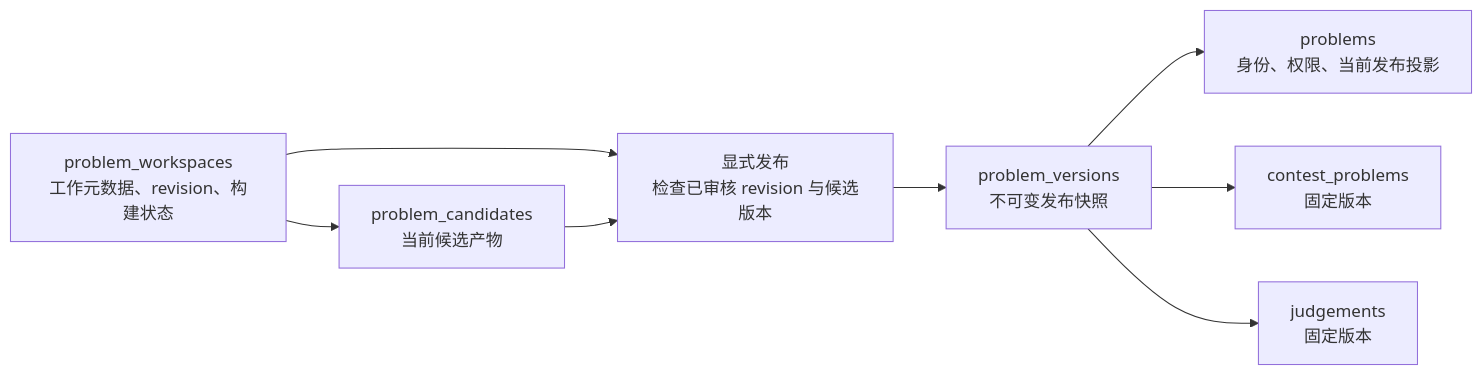
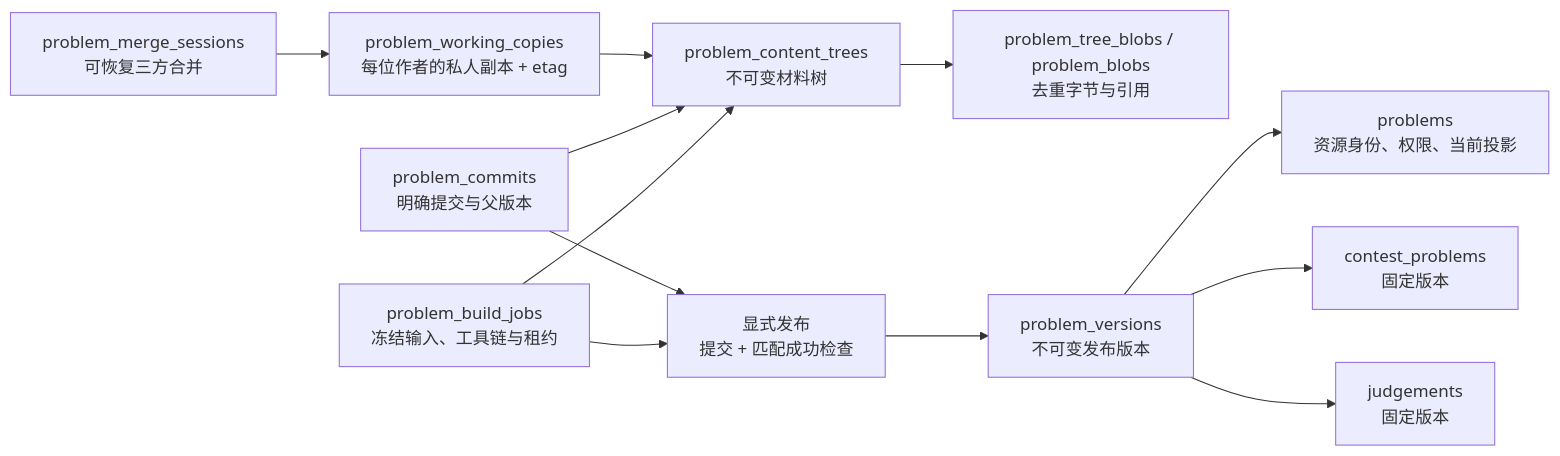
One commit to RimuruChan/Vertex changed the second of 2 diagrams in docs/15-backend-models.md. Above: the diagram before and after it, drawn with Mermaid. The commit also changed other lines of this file and 559 other files, not shown here.

First line of the commit message:
feat(authoring)!: rebuild problem authoring around versioned working copies (#14)

````diff
--- a/docs/15-backend-models.md
+++ b/docs/15-backend-models.md
@@ -51,10 +51,14 @@
 ```mermaid
 flowchart LR
-  W["problem_workspaces<br/>工作元数据、revision、构建状态"] --> C["problem_candidates<br/>当前候选产物"]
-  W --> P["显式发布<br/>检查已审核 revision 与候选版本"]
-  C --> P
-  P --> R["problem_versions<br/>不可变发布快照"]
-  R --> L["problems<br/>身份、权限、当前发布投影"]
+  W["problem_working_copies<br/>每位作者的私人副本 + etag"] --> T["problem_content_trees<br/>不可变材料树"]
+  C["problem_commits<br/>明确提交与父版本"] --> T
+  T --> B["problem_tree_blobs / problem_blobs<br/>去重字节与引用"]
+  M["problem_merge_sessions<br/>可恢复三方合并"] --> W
+  K["problem_build_jobs<br/>冻结输入、工具链与租约"] --> T
+  C --> P["显式发布<br/>提交 + 匹配成功检查"]
+  K --> P
+  P --> R["problem_versions<br/>不可变发布版本"]
+  R --> L["problems<br/>资源身份、权限、当前投影"]
   R --> CP["contest_problems<br/>固定版本"]
   R --> J["judgements<br/>固定版本"]
 ```
````
